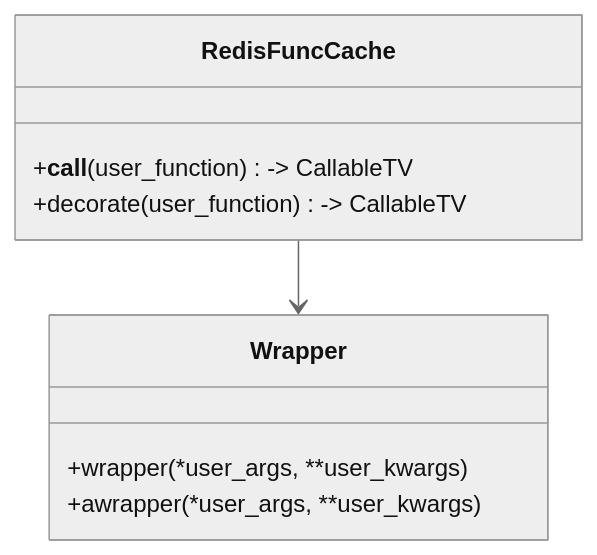
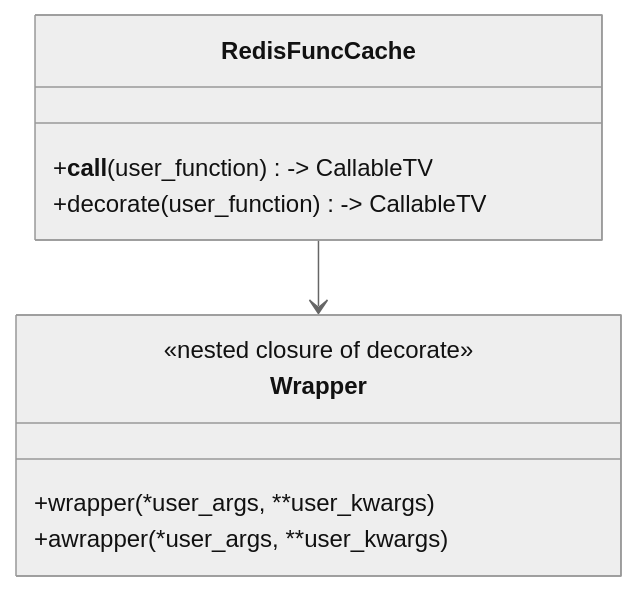
One commit to tanbro/redis_func_cache changed the fifth of 5 diagrams in CONTRIBUTING.md. Above: the diagram before and after it, drawn with Mermaid (neutral theme). The commit also changed other lines of this file and 5 other files, not shown here.

First line of the commit message:
docs: diagram conventions and retrofit (AGENTS.md rules, README SVG, handler sequence diagrams)

````diff
--- a/CONTRIBUTING.md
+++ b/CONTRIBUTING.md
@@ -363,14 +390,15 @@
 ```mermaid
 classDiagram
     class RedisFuncCache {
         +__call__(user_function) -> CallableTV
         +decorate(user_function) -> CallableTV
     }
 
     class Wrapper {
+        <<nested closure of decorate>>
         +wrapper(*user_args, **user_kwargs)
         +awrapper(*user_args, **user_kwargs)
     }
 
     RedisFuncCache --> Wrapper
 ```
````
